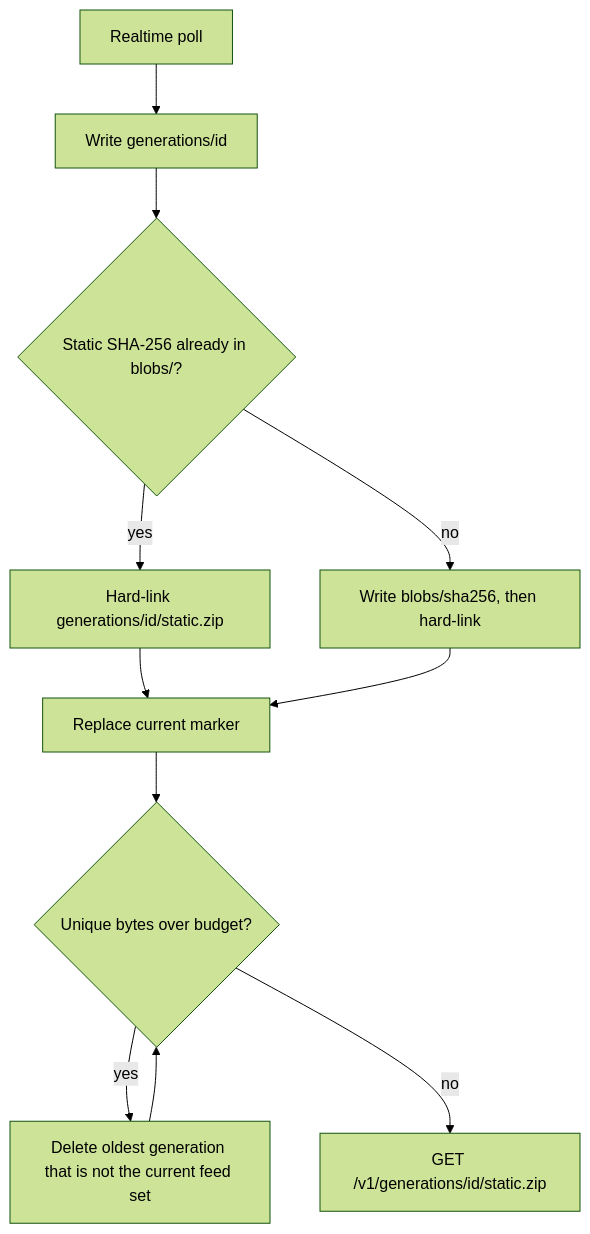
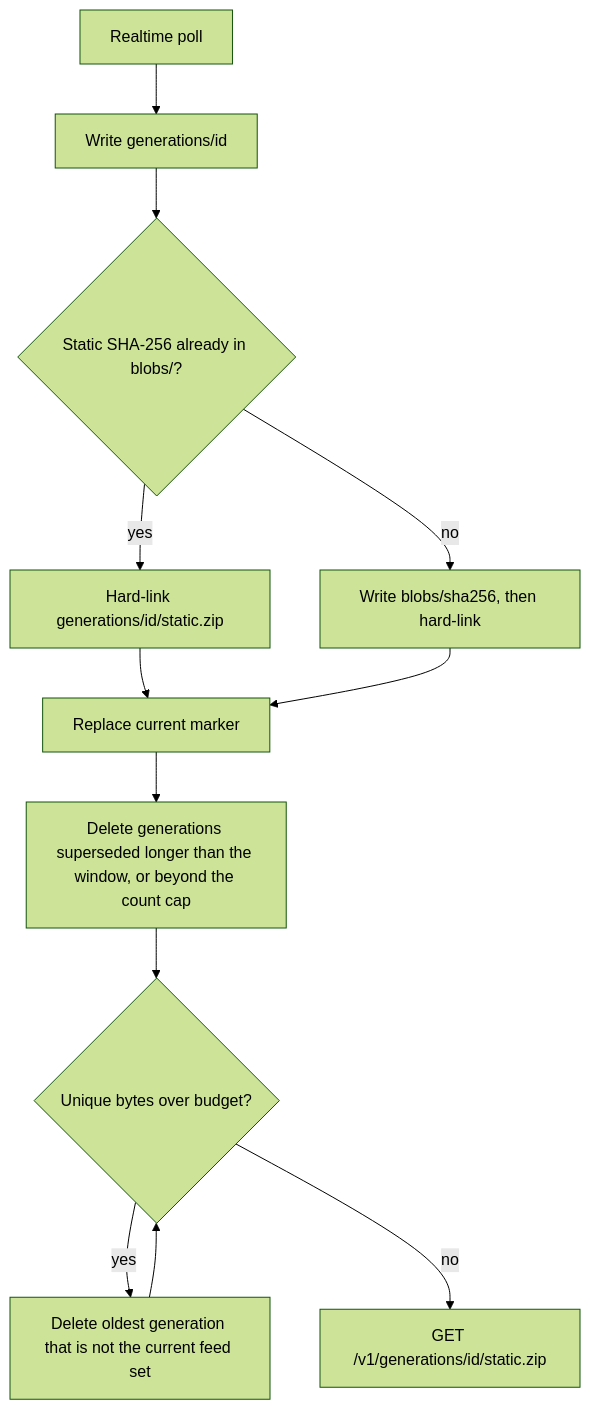
Before and after one commit to sohampatwardhan/Amtrak-GTFS-RT: the first of 2 diagrams in README.md, drawn with Mermaid (forest theme). The commit also changed other lines of this file and 4 other files, not shown here.

First line of the commit message:
Bound generation retention by age and count, and prune before loading on open

````diff
--- a/README.md
+++ b/README.md
@@ -218,13 +233,14 @@
 ```mermaid
 flowchart TD
   poll["Realtime poll"] --> publish["Write generations/id"]
   publish --> blob{"Static SHA-256 already in blobs/?"}
   blob -->|yes| link["Hard-link generations/id/static.zip"]
   blob -->|no| store["Write blobs/sha256, then hard-link"]
   link --> marker["Replace current marker"]
   store --> marker
-  marker --> cap{"Unique bytes over budget?"}
+  marker --> age["Delete generations superseded longer than the window, or beyond the count cap"]
+  age --> cap{"Unique bytes over budget?"}
   cap -->|yes| drop["Delete oldest generation that is not the current feed set"]
   drop --> cap
   cap -->|no| serve["GET /v1/generations/id/static.zip"]
 ```
````
